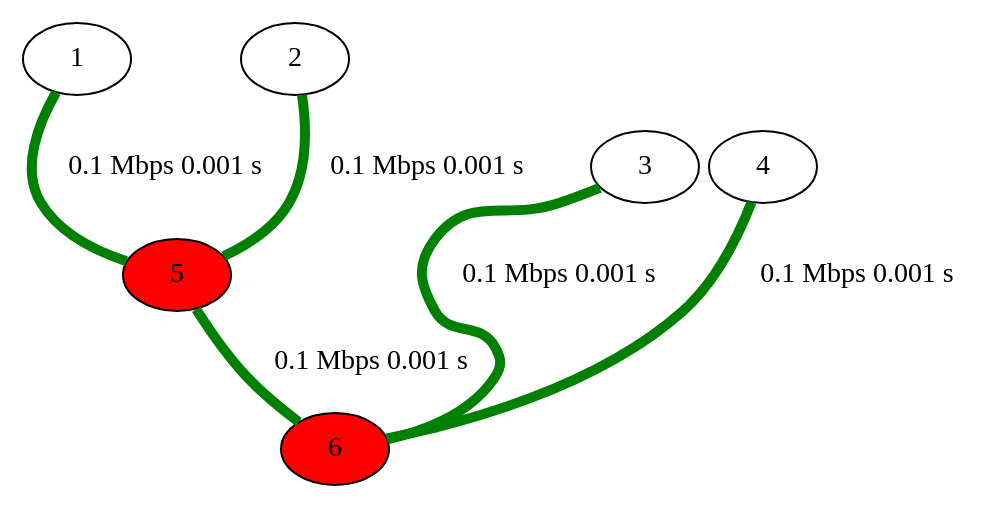
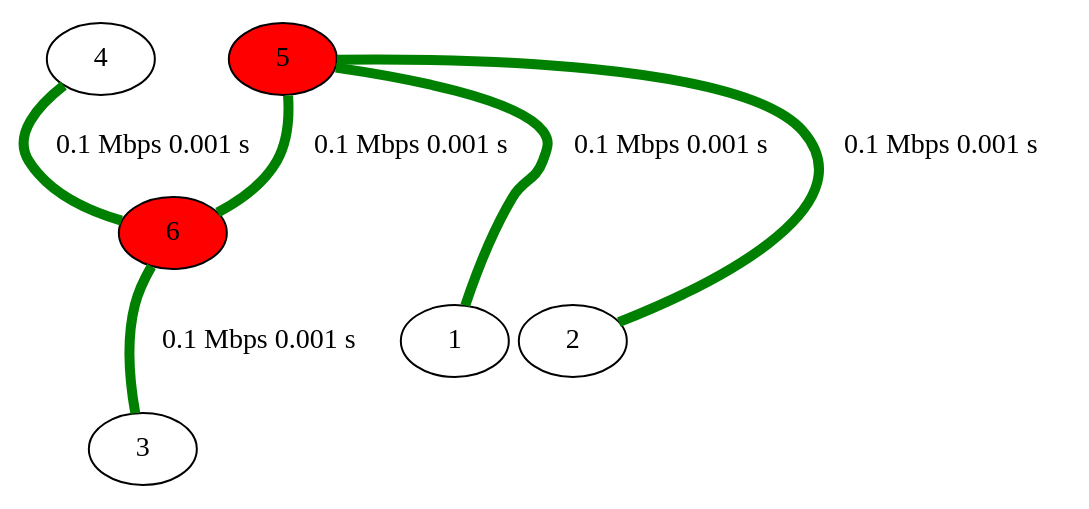
The diagram in network.gv (nonononoka/ntSimulator), drawn with Graphviz before and after one commit. The commit also changed other lines of this file and 2 other files, not shown here.

```diff
--- a/network.gv
+++ b/network.gv
@@ -1,46 +1,46 @@
 strict graph {
 
-
-	"1" [  weight=0 ];
-
-	"1" -- "5" [ color="green", label="0.1 Mbps 0.001 s
-", penwidth="5.00",  weight=0 ];
-
-	"2" [  weight=0 ];
-
-	"2" -- "5" [ color="green", label="0.1 Mbps 0.001 s
-", penwidth="5.00",  weight=0 ];
-
-	"3" [  weight=0 ];
-
-	"3" -- "6" [ color="green", label="0.1 Mbps 0.001 s
-", penwidth="5.00",  weight=0 ];
 
 	"4" [  weight=0 ];
 
 	"4" -- "6" [ color="green", label="0.1 Mbps 0.001 s
 ", penwidth="5.00",  weight=0 ];
 
 	"5" [ fillcolor="red", style="filled",  weight=0 ];
 
 	"5" -- "1" [ color="green", label="0.1 Mbps 0.001 s
 ", penwidth="5.00",  weight=0 ];
 
 	"5" -- "2" [ color="green", label="0.1 Mbps 0.001 s
 ", penwidth="5.00",  weight=0 ];
 
 	"5" -- "6" [ color="green", label="0.1 Mbps 0.001 s
 ", penwidth="5.00",  weight=0 ];
 
 	"6" [ fillcolor="red", style="filled",  weight=0 ];
 
+	"6" -- "4" [ color="green", label="0.1 Mbps 0.001 s
+", penwidth="5.00",  weight=0 ];
+
 	"6" -- "5" [ color="green", label="0.1 Mbps 0.001 s
 ", penwidth="5.00",  weight=0 ];
 
 	"6" -- "3" [ color="green", label="0.1 Mbps 0.001 s
 ", penwidth="5.00",  weight=0 ];
 
-	"6" -- "4" [ color="green", label="0.1 Mbps 0.001 s
+	"1" [  weight=0 ];
+
+	"1" -- "5" [ color="green", label="0.1 Mbps 0.001 s
+", penwidth="5.00",  weight=0 ];
+
+	"2" [  weight=0 ];
+
+	"2" -- "5" [ color="green", label="0.1 Mbps 0.001 s
+", penwidth="5.00",  weight=0 ];
+
+	"3" [  weight=0 ];
+
+	"3" -- "6" [ color="green", label="0.1 Mbps 0.001 s
 ", penwidth="5.00",  weight=0 ];
 
 }
```
